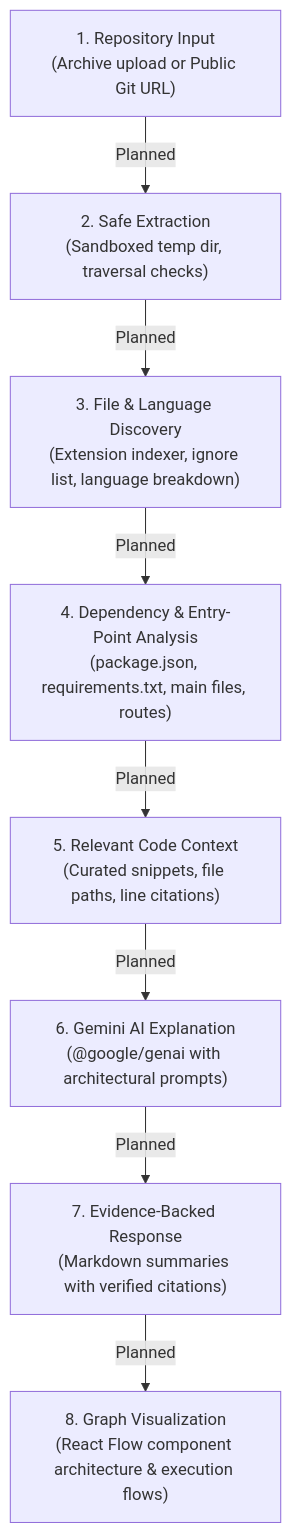
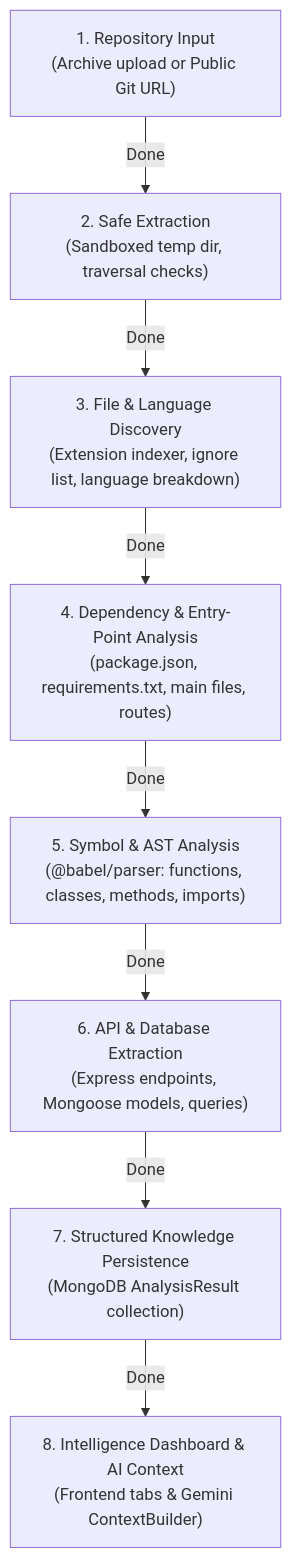
One commit to vrajsutariya/RepoLens changed the second of 3 diagrams in docs/architecture.md. Above: the diagram before and after it, drawn with Mermaid. The commit also changed other lines of this file and 56 other files, not shown here.

````diff
--- a/docs/architecture.md
+++ b/docs/architecture.md
@@ -101,10 +136,10 @@
 ```mermaid
 flowchart TD
-    A["1. Repository Input\n(Archive upload or Public Git URL)"] -->|Planned| B["2. Safe Extraction\n(Sandboxed temp dir, traversal checks)"]
-    B -->|Planned| C["3. File & Language Discovery\n(Extension indexer, ignore list, language breakdown)"]
-    C -->|Planned| D["4. Dependency & Entry-Point Analysis\n(package.json, requirements.txt, main files, routes)"]
-    D -->|Planned| E["5. Relevant Code Context\n(Curated snippets, file paths, line citations)"]
-    E -->|Planned| F["6. Gemini AI Explanation\n(@google/genai with architectural prompts)"]
-    F -->|Planned| G["7. Evidence-Backed Response\n(Markdown summaries with verified citations)"]
-    G -->|Planned| H["8. Graph Visualization\n(React Flow component architecture & execution flows)"]
+    A["1. Repository Input\n(Archive upload or Public Git URL)"] -->|Done| B["2. Safe Extraction\n(Sandboxed temp dir, traversal checks)"]
+    B -->|Done| C["3. File & Language Discovery\n(Extension indexer, ignore list, language breakdown)"]
+    C -->|Done| D["4. Dependency & Entry-Point Analysis\n(package.json, requirements.txt, main files, routes)"]
+    D -->|Done| E["5. Symbol & AST Analysis\n(@babel/parser: functions, classes, methods, imports)"]
+    E -->|Done| F["6. API & Database Extraction\n(Express endpoints, Mongoose models, queries)"]
+    F -->|Done| G["7. Structured Knowledge Persistence\n(MongoDB AnalysisResult collection)"]
+    G -->|Done| H["8. Intelligence Dashboard & AI Context\n(Frontend tabs & Gemini ContextBuilder)"]
 ```
````
